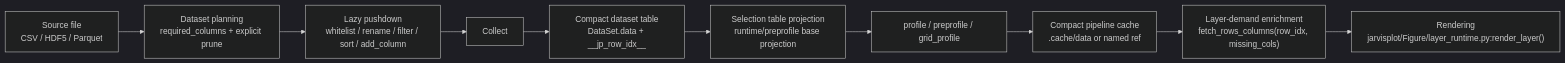
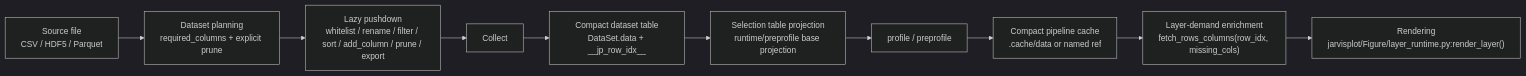
The diagram in docs/design/ARCHITECTURE_OVERVIEW.md (Pengxuan-Zhu-Phys/Jarvis-PLOT), drawn with Mermaid (dark theme) before and after one commit. The commit also changed other lines of this file and 38 other files, not shown here.

````diff
--- a/docs/design/ARCHITECTURE_OVERVIEW.md
+++ b/docs/design/ARCHITECTURE_OVERVIEW.md
@@ -67,12 +67,12 @@
 ```mermaid
 flowchart LR
     A["Source file<br/>CSV / HDF5 / Parquet"] --> B["Dataset planning<br/>required_columns + explicit prune"]
-    B --> C["Lazy pushdown<br/>whitelist / rename / filter / sort / add_column"]
+    B --> C["Lazy pushdown<br/>whitelist / rename / filter / sort / add_column / prune / export"]
     C --> D["Collect"]
     D --> E["Compact dataset table<br/>DataSet.data + __jp_row_idx__"]
     E --> F["Selection table projection<br/>runtime/preprofile base projection"]
-    F --> G["profile / preprofile / grid_profile"]
+    F --> G["profile / preprofile"]
     G --> H["Compact pipeline cache<br/>.cache/data or named ref"]
     H --> I["Layer-demand enrichment<br/>fetch_rows_columns(row_idx, missing_cols)"]
     I --> J["Rendering<br/>jarvisplot/Figure/layer_runtime.py:render_layer()"]
 ```
````
